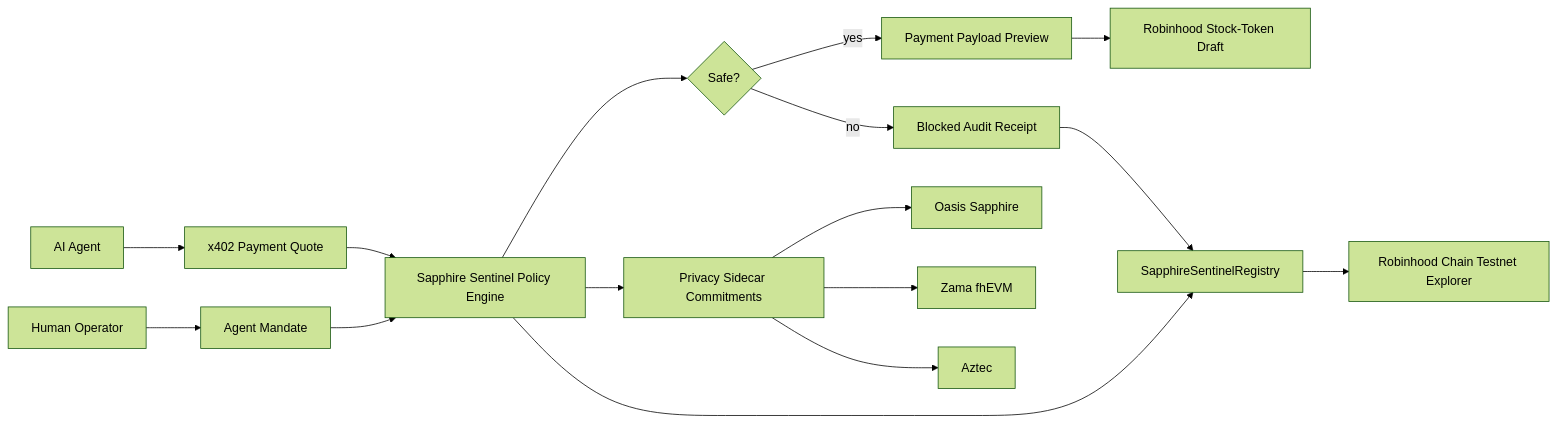
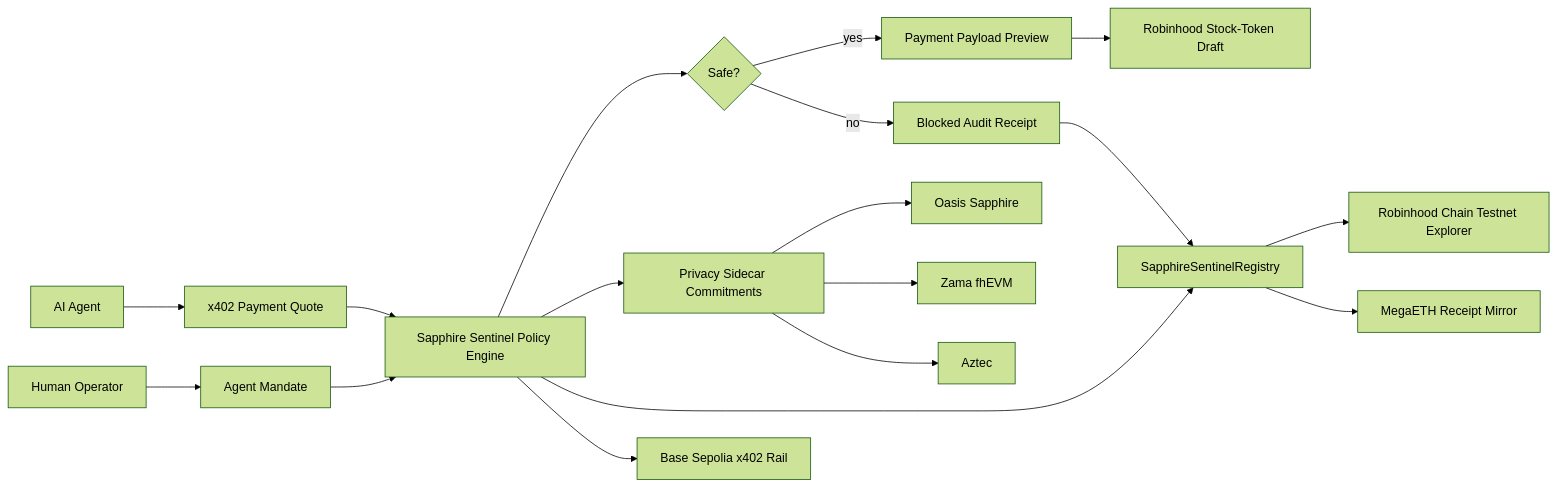
Before and after one commit to arigatoexpress/sapphire-sentinel: the diagram in docs/architecture.md, drawn with Mermaid (forest theme). The commit also changed other lines of this file and 19 other files, not shown here.

Commit message:
feat: add cross-chain privacy roadmap

````diff
--- a/docs/architecture.md
+++ b/docs/architecture.md
@@ -6,18 +6,20 @@
 ```mermaid
 flowchart LR
     Human["Human Operator"] --> Mandate["Agent Mandate"]
     Agent["AI Agent"] --> Quote["x402 Payment Quote"]
     Quote --> Sentinel["Sapphire Sentinel Policy Engine"]
     Mandate --> Sentinel
     Sentinel --> Safe{"Safe?"}
     Safe -->|"yes"| Payload["Payment Payload Preview"]
     Safe -->|"no"| Block["Blocked Audit Receipt"]
     Payload --> Draft["Robinhood Stock-Token Draft"]
     Sentinel --> Privacy["Privacy Sidecar Commitments"]
     Privacy --> Oasis["Oasis Sapphire"]
     Privacy --> Zama["Zama fhEVM"]
     Privacy --> Aztec["Aztec"]
     Sentinel --> Registry["SapphireSentinelRegistry"]
     Block --> Registry
     Registry --> Explorer["Robinhood Chain Testnet Explorer"]
+    Sentinel --> Base["Base Sepolia x402 Rail"]
+    Registry --> MegaETH["MegaETH Receipt Mirror"]
 ```
````
